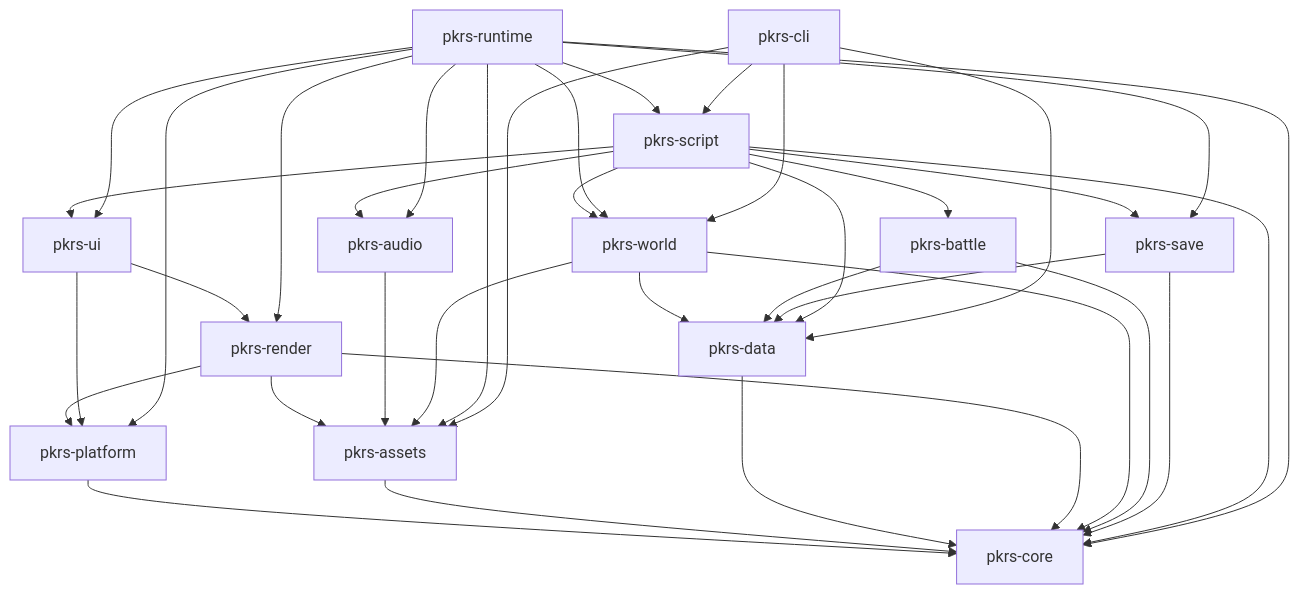
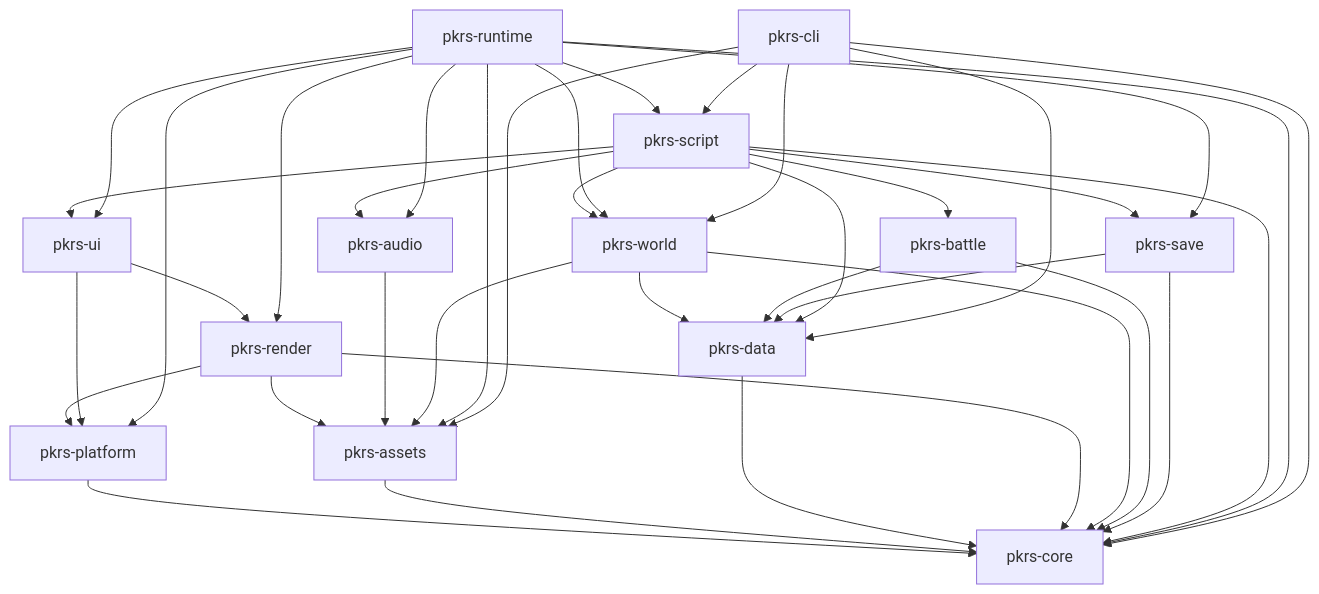
Before and after one commit to umbertocicciaa/pkrs: the third of 5 diagrams in docs/design.md, drawn with Mermaid. The commit also changed other lines of this file and 26 other files, not shown here.

First line of the commit message:
cli: `pkrs new` (one-shot template) and `pkrs run` (#94)

````diff
--- a/docs/design.md
+++ b/docs/design.md
@@ -359,16 +361,16 @@
 ```mermaid
 flowchart TD
   core[pkrs-core]
   platform[pkrs-platform] --> core
   assets[pkrs-assets] --> core
   data[pkrs-data] --> core
   render[pkrs-render] --> core & platform & assets
   audio[pkrs-audio] --> assets
   world[pkrs-world] --> core & data & assets
   battle[pkrs-battle] --> core & data
   save[pkrs-save] --> core & data
   ui[pkrs-ui] --> render & platform
   script[pkrs-script] --> core & world & battle & data & save & ui & audio
   runtime[pkrs-runtime] --> core & assets & script & render & audio & ui & save & world & platform
-  cli[pkrs-cli] --> data & assets & world & script
+  cli[pkrs-cli] --> core & data & assets & world & script
 ```
````
